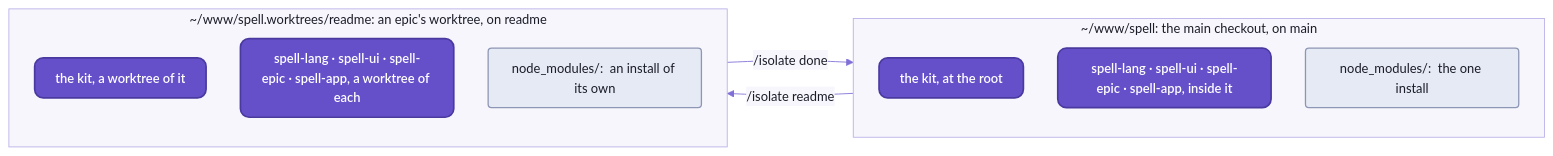
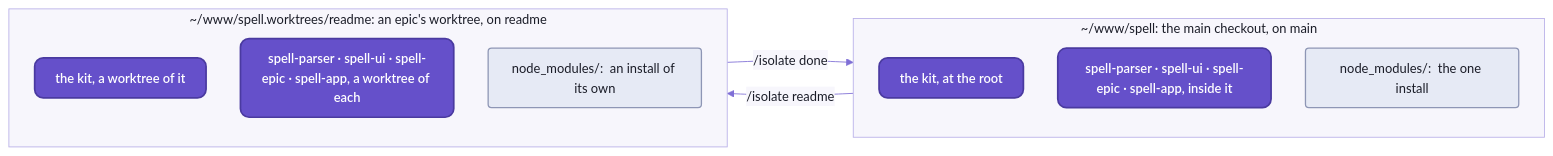
One commit to spell-app/spell changed the first of 2 diagrams in README-development.md. Above: the diagram before and after it, drawn with Mermaid. The commit also changed other lines of this file and 225 other files, not shown here.

````diff
--- a/README-development.md
+++ b/README-development.md
@@ -259,22 +259,22 @@
 ```mermaid
 %%{init: {"theme":"base","themeVariables":{"fontFamily":"-apple-system, BlinkMacSystemFont, Segoe UI, Helvetica, Arial, sans-serif","fontSize":"15px","primaryColor":"#EFECFB","primaryBorderColor":"#6550CA","primaryTextColor":"#1A1C27","secondaryColor":"#F4F1E9","tertiaryColor":"#F7F6FC","lineColor":"#7F6FD6","textColor":"#7F6FD6","clusterBkg":"#F7F6FC","clusterBorder":"#B9B0E8","titleColor":"#1A1C27","edgeLabelBackground":"#F7F6FC","actorBkg":"#EFECFB","actorBorder":"#6550CA","actorTextColor":"#1A1C27","actorLineColor":"#9C90DE","signalColor":"#7F6FD6","signalTextColor":"#7F6FD6","labelBoxBkgColor":"#EFECFB","labelBoxBorderColor":"#6550CA","labelTextColor":"#1A1C27","loopTextColor":"#7F6FD6","noteBkgColor":"#F1E7D4","noteBorderColor":"#C9B48A","noteTextColor":"#1A1C27","activationBkgColor":"#DCD6F7","activationBorderColor":"#6550CA","sequenceNumberColor":"#FFFFFF"},"flowchart":{"curve":"basis","padding":12,"nodeSpacing":40,"rankSpacing":44}}}%%
 flowchart LR
   subgraph main["~/www/spell:  the main checkout, on main"]
     kit1["the kit, at the root"]
-    kids1["spell-lang · spell-ui · spell-epic · spell-app, inside it"]
+    kids1["spell-parser · spell-ui · spell-epic · spell-app, inside it"]
     nm1["node_modules/:  the one install"]
   end
   subgraph wt["~/www/spell.worktrees/readme:  an epic's worktree, on readme"]
     kit2["the kit, a worktree of it"]
-    kids2["spell-lang · spell-ui · spell-epic · spell-app, a worktree of each"]
+    kids2["spell-parser · spell-ui · spell-epic · spell-app, a worktree of each"]
     nm2["node_modules/:  an install of its own"]
   end
   main -- "/isolate readme" --> wt
   wt -- "/isolate done" --> main
   %% the Spell look:  yarn mermaid:pretty
   classDef default fill:#EFECFB,stroke:#6550CA,stroke-width:1.5px,color:#1A1C27,rx:8px,ry:8px
   classDef repo fill:#6550CA,stroke:#4A3AA0,stroke-width:2px,color:#FFFFFF,rx:10px,ry:10px,font-weight:600
   classDef folder fill:#E6EAF5,stroke:#8E96B5,stroke-width:1.5px,color:#1A1C27,rx:4px,ry:4px
   class kit1,kids1,kit2,kids2 repo
   class nm1,nm2 folder
 ```
````
